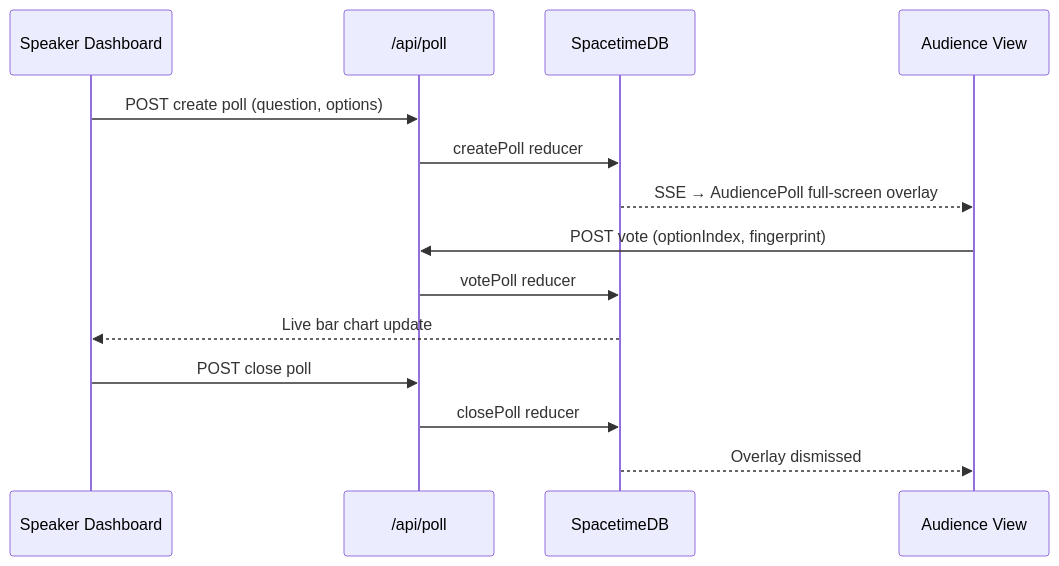
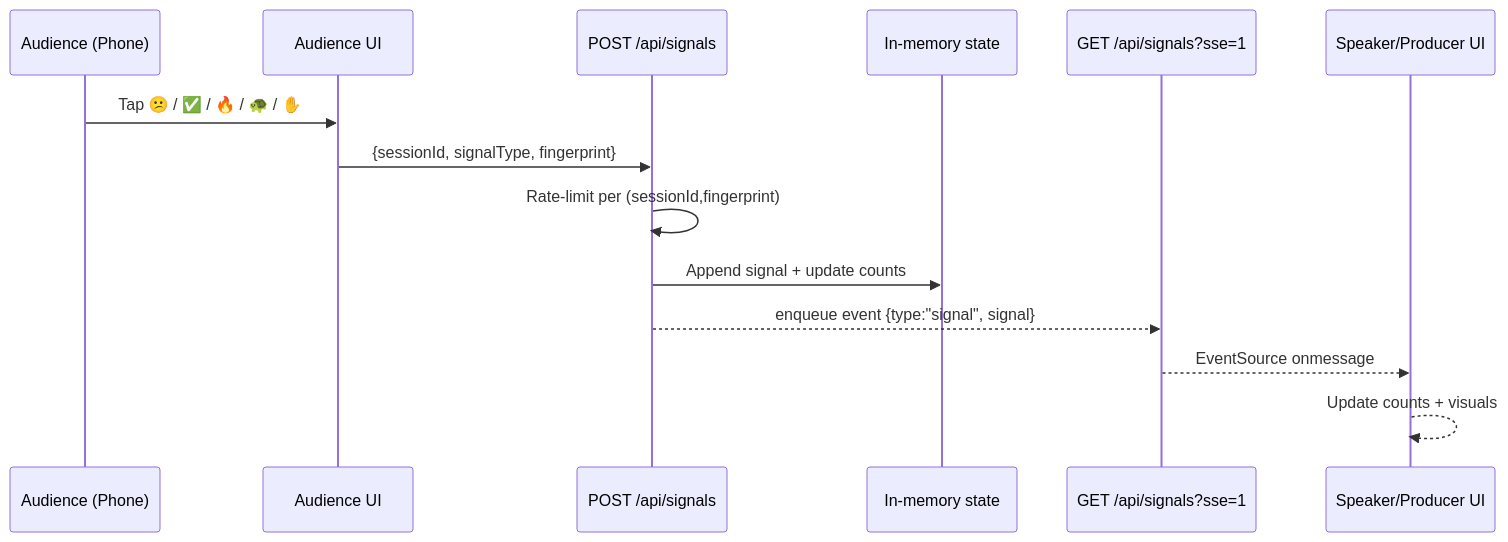
Before and after one commit to arvinder004/PULSE_HACKBYTE4.0: the fourth of 8 diagrams in PULSE_ARCHITECTUREPLAN.md, drawn with Mermaid. The commit also changed other lines of this file and 2 other files, not shown here.

````diff
--- a/PULSE_ARCHITECTUREPLAN.md
+++ b/PULSE_ARCHITECTUREPLAN.md
@@ -427,17 +188,17 @@
 ```mermaid
 sequenceDiagram
-    participant SpkUI as Speaker Dashboard
-    participant PollAPI as /api/poll
-    participant STDB as SpacetimeDB
-    participant AudUI as Audience View
+  participant A as Audience (Phone)
+  participant UI as Audience UI
+  participant API as POST /api/signals
+  participant Mem as In-memory state
+  participant SSE as GET /api/signals?sse=1
+  participant S as Speaker/Producer UI
 
-    SpkUI->>PollAPI: POST create poll (question, options)
-    PollAPI->>STDB: createPoll reducer
-    STDB-->>AudUI: SSE → AudiencePoll full-screen overlay
-    AudUI->>PollAPI: POST vote (optionIndex, fingerprint)
-    PollAPI->>STDB: votePoll reducer
-    STDB-->>SpkUI: Live bar chart update
-    SpkUI->>PollAPI: POST close poll
-    PollAPI->>STDB: closePoll reducer
-    STDB-->>AudUI: Overlay dismissed
+  A->>UI: Tap 😕 / ✅ / 🔥 / 🐢 / ✋
+  UI->>API: {sessionId, signalType, fingerprint}
+  API->>API: Rate-limit per (sessionId,fingerprint)
+  API->>Mem: Append signal + update counts
+  API-->>SSE: enqueue event {type:"signal", signal}
+  SSE-->>S: EventSource onmessage
+  S-->>S: Update counts + visuals
 ```
````
